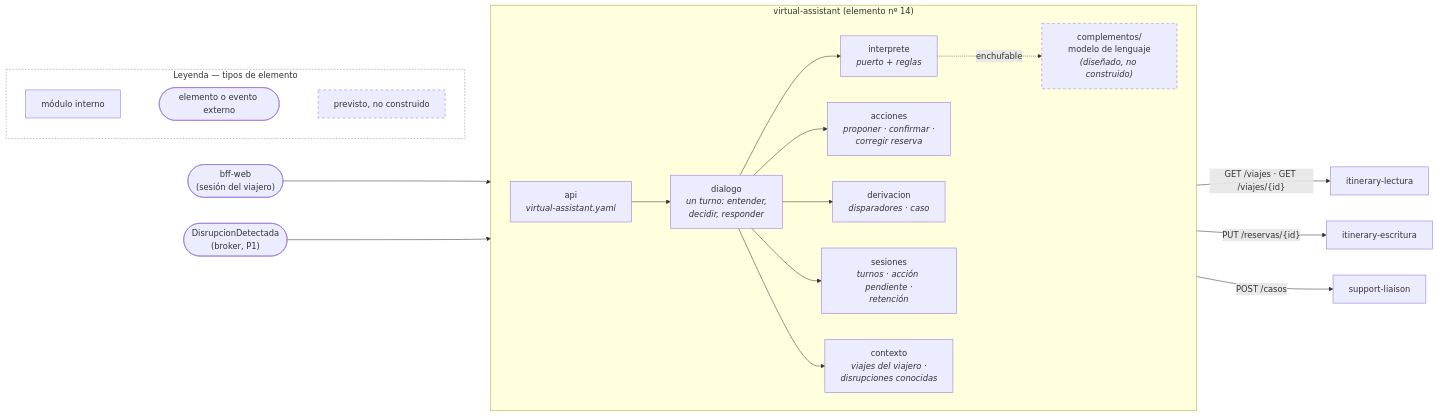
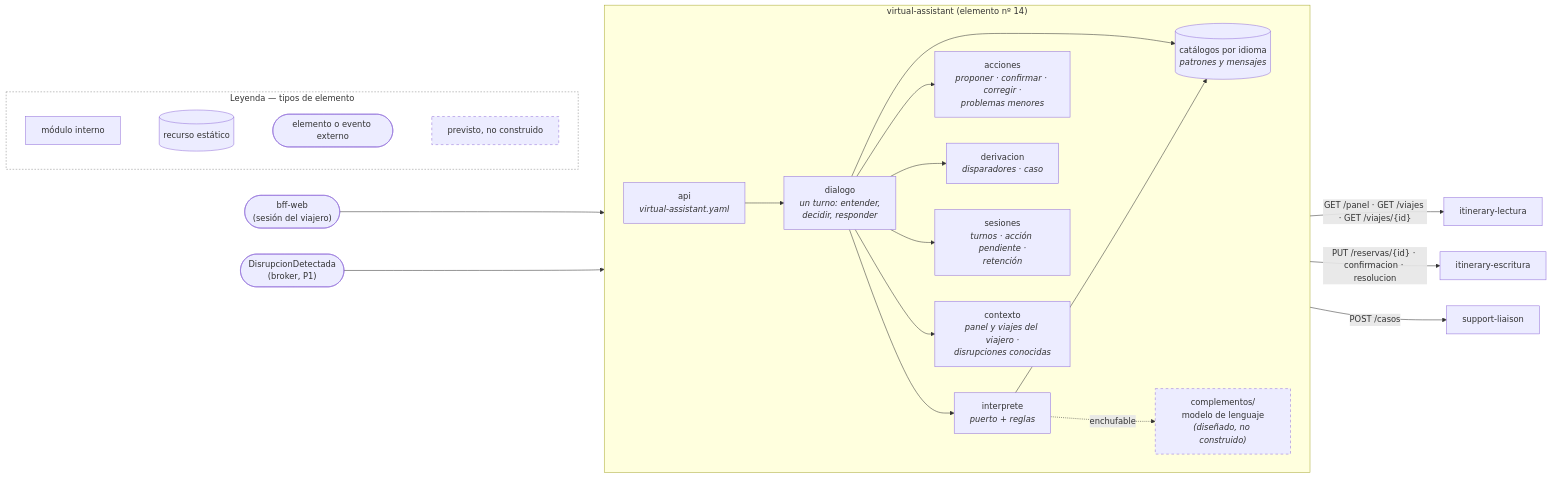
Before and after one commit to JereAguilar1/TPE-ing1: the first of 4 diagrams in docs/02-proceso-add/iteracion-5/README.md, drawn with Mermaid. The commit also changed other lines of this file and 13 other files, not shown here.

````diff
--- a/docs/02-proceso-add/iteracion-5/README.md
+++ b/docs/02-proceso-add/iteracion-5/README.md
@@ -105,31 +112,34 @@
 ```mermaid
 flowchart LR
     BFF(["bff-web<br/>(sesión del viajero)"]) --> API["api<br/><i>virtual-assistant.yaml</i>"]
     BRK(["DisrupcionDetectada<br/>(broker, P1)"]) --> CTX
 
     subgraph VA["virtual-assistant (elemento nº 14)"]
         direction LR
         API --> DIA["dialogo<br/><i>un turno: entender,<br/>decidir, responder</i>"]
         DIA --> INT["interprete<br/><i>puerto + reglas</i>"]
-        DIA --> ACC["acciones<br/><i>proponer · confirmar ·<br/>corregir reserva</i>"]
+        DIA --> ACC["acciones<br/><i>proponer · confirmar · corregir ·<br/>problemas menores</i>"]
         DIA --> DER["derivacion<br/><i>disparadores · caso</i>"]
         DIA --> SES["sesiones<br/><i>turnos · acción pendiente ·<br/>retención</i>"]
-        DIA --> CTX["contexto<br/><i>viajes del viajero ·<br/>disrupciones conocidas</i>"]
+        DIA --> CTX["contexto<br/><i>panel y viajes del viajero ·<br/>disrupciones conocidas</i>"]
+        DIA --> CAT[("catálogos por idioma<br/><i>patrones y mensajes</i>")]
+        INT --> CAT
         INT -. "enchufable" .-> LLM["complementos/<br/>modelo de lenguaje<br/><i>(diseñado, no construido)</i>"]
     end
 
-    CTX -->|"GET /viajes · GET /viajes/{id}"| ITR["itinerary-lectura"]
-    ACC -->|"PUT /reservas/{id}"| ITW["itinerary-escritura"]
+    CTX -->|"GET /panel · GET /viajes · GET /viajes/{id}"| ITR["itinerary-lectura"]
+    ACC -->|"PUT /reservas/{id} · confirmacion · resolucion"| ITW["itinerary-escritura"]
     DER -->|"POST /casos"| SUP["support-liaison"]
 
     subgraph LEYENDA["Leyenda — tipos de elemento"]
         direction LR
         LEY_MOD["módulo interno"]
+        LEY_REC[("recurso estático")]
         LEY_EXT(["elemento o evento externo"])
         LEY_FUT["previsto, no construido"]
-        LEY_MOD ~~~ LEY_EXT ~~~ LEY_FUT
+        LEY_MOD ~~~ LEY_REC ~~~ LEY_EXT ~~~ LEY_FUT
     end
     style LLM stroke-dasharray: 5 5
     style LEY_FUT stroke-dasharray: 5 5
     style LEYENDA fill:#ffffff,stroke:#888,stroke-dasharray: 3 3
 ```
````
